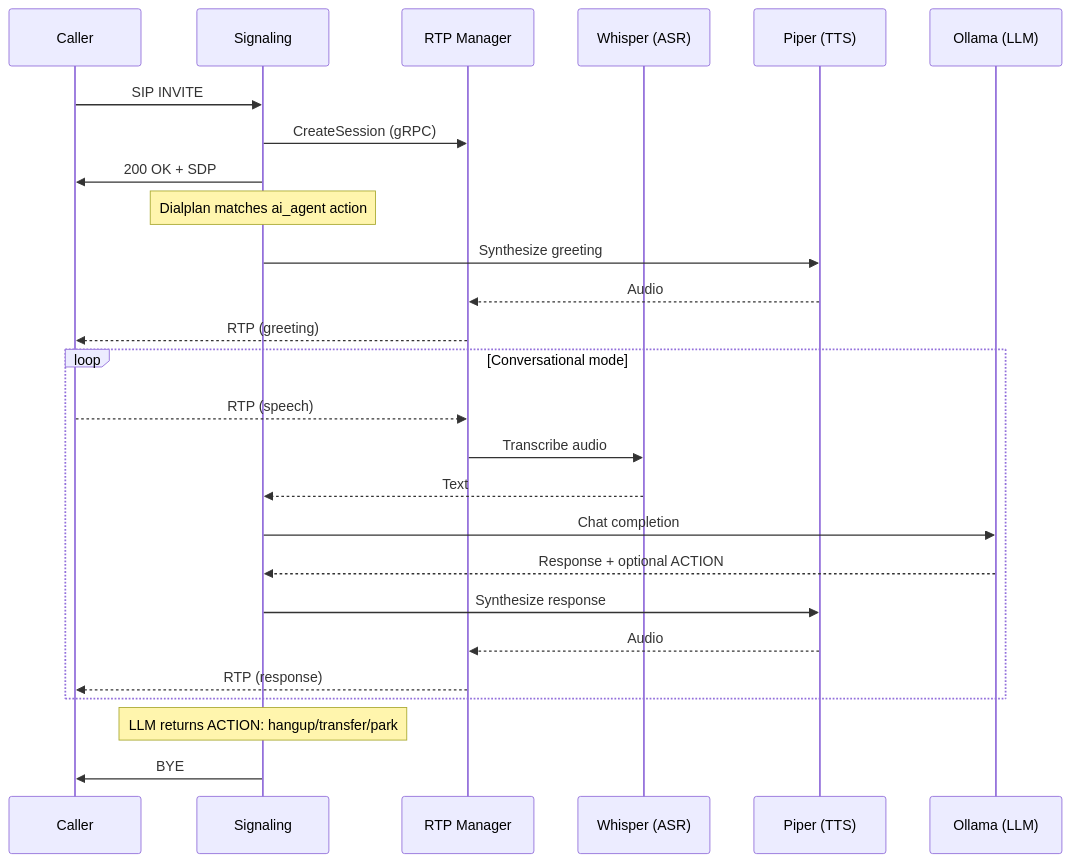
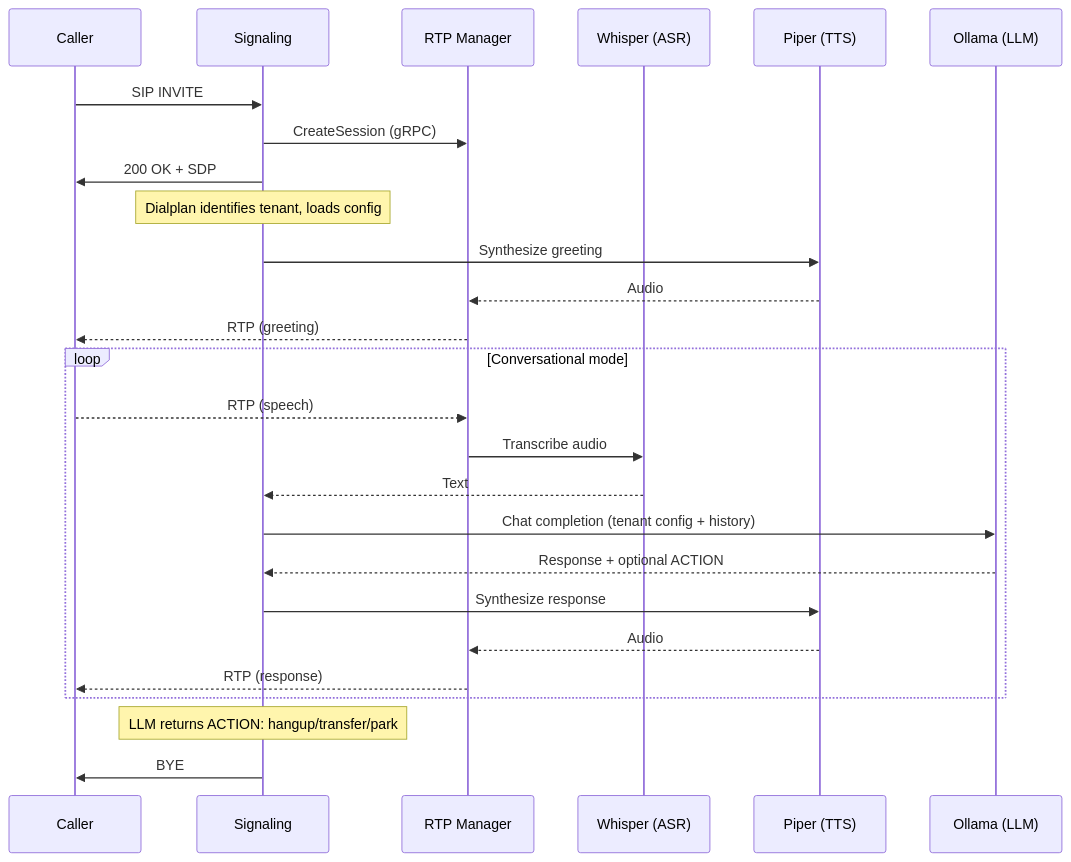
Before and after one commit to sebacius/switchboard: the third of 3 diagrams in README.md, drawn with Mermaid. The commit also changed other lines of this file and 13 other files, not shown here.

````diff
--- a/README.md
+++ b/README.md
@@ -124,33 +167,33 @@
 ```mermaid
 sequenceDiagram
     participant Caller
     participant Signaling
     participant RTP as RTP Manager
     participant ASR as Whisper (ASR)
     participant TTS as Piper (TTS)
     participant LLM as Ollama (LLM)
 
     Caller->>Signaling: SIP INVITE
     Signaling->>RTP: CreateSession (gRPC)
     Signaling->>Caller: 200 OK + SDP
 
-    Note over Signaling: Dialplan matches ai_agent action
+    Note over Signaling: Dialplan identifies tenant, loads config
 
     Signaling->>TTS: Synthesize greeting
     TTS-->>RTP: Audio
     RTP-->>Caller: RTP (greeting)
 
     loop Conversational mode
         Caller-->>RTP: RTP (speech)
         RTP->>ASR: Transcribe audio
         ASR-->>Signaling: Text
-        Signaling->>LLM: Chat completion
+        Signaling->>LLM: Chat completion (tenant config + history)
         LLM-->>Signaling: Response + optional ACTION
         Signaling->>TTS: Synthesize response
         TTS-->>RTP: Audio
         RTP-->>Caller: RTP (response)
     end
 
     Note over Signaling: LLM returns ACTION: hangup/transfer/park
     Signaling->>Caller: BYE
 ```
````
